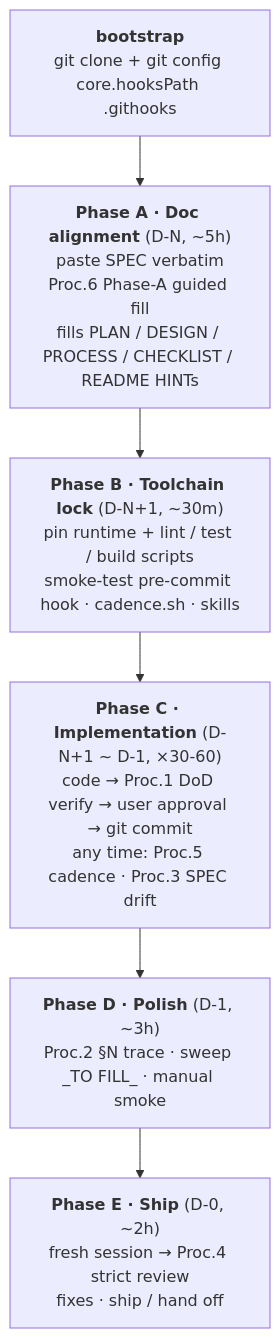
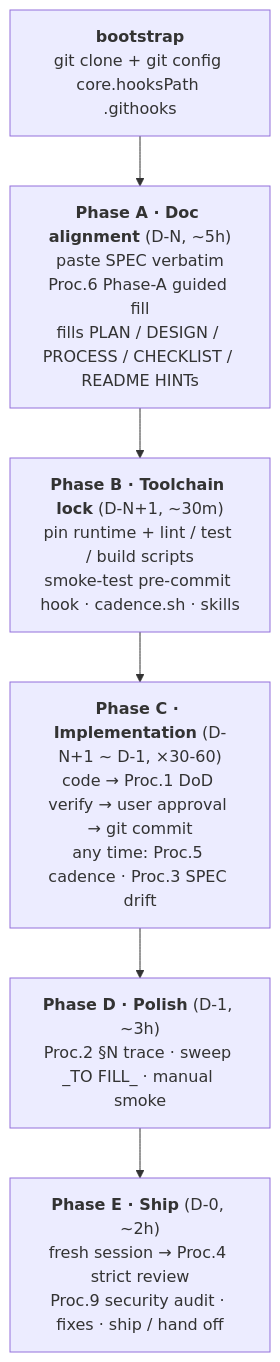
The second of 4 diagrams in docs/OVERVIEW.md (JayKim88/craft-kit), drawn with Mermaid before and after one commit. The commit also changed other lines of this file and 8 other files, not shown here.

First line of the commit message:
feat(kit): add procedure 9 security audit with Phase E auto-run [§-]

````diff
--- a/docs/OVERVIEW.md
+++ b/docs/OVERVIEW.md
@@ -79,10 +79,10 @@
 ```mermaid
 flowchart TD
   Boot["<b>bootstrap</b><br/>git clone + git config core.hooksPath .githooks"]
   A["<b>Phase A · Doc alignment</b> (D-N, ~5h)<br/>paste SPEC verbatim<br/>Proc.6 Phase-A guided fill<br/>fills PLAN / DESIGN / PROCESS / CHECKLIST / README HINTs"]
   B["<b>Phase B · Toolchain lock</b> (D-N+1, ~30m)<br/>pin runtime + lint / test / build scripts<br/>smoke-test pre-commit hook · cadence.sh · skills"]
   C["<b>Phase C · Implementation</b> (D-N+1 ~ D-1, ×30-60)<br/>code → Proc.1 DoD verify → user approval → git commit<br/>any time: Proc.5 cadence · Proc.3 SPEC drift"]
   D["<b>Phase D · Polish</b> (D-1, ~3h)<br/>Proc.2 §N trace · sweep _TO FILL_ · manual smoke"]
-  E["<b>Phase E · Ship</b> (D-0, ~2h)<br/>fresh session → Proc.4 strict review<br/>fixes · ship / hand off"]
+  E["<b>Phase E · Ship</b> (D-0, ~2h)<br/>fresh session → Proc.4 strict review<br/>Proc.9 security audit · fixes · ship / hand off"]
   Boot --> A --> B --> C --> D --> E
 ```
````
